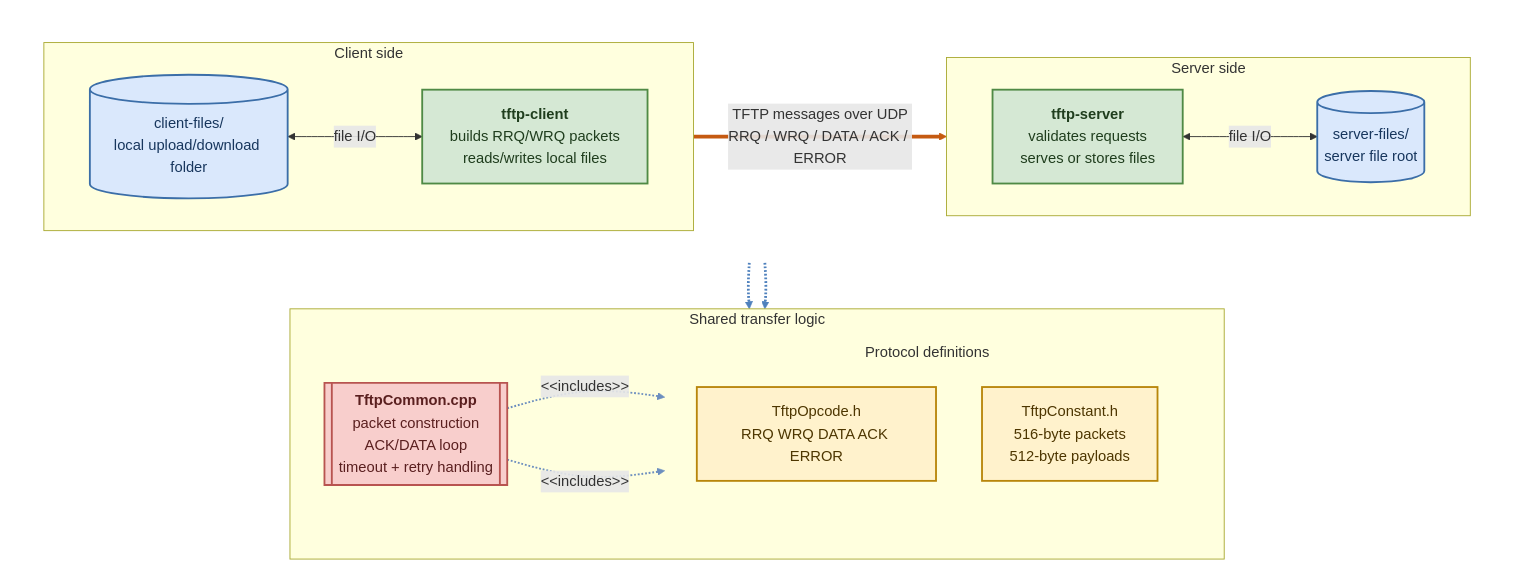
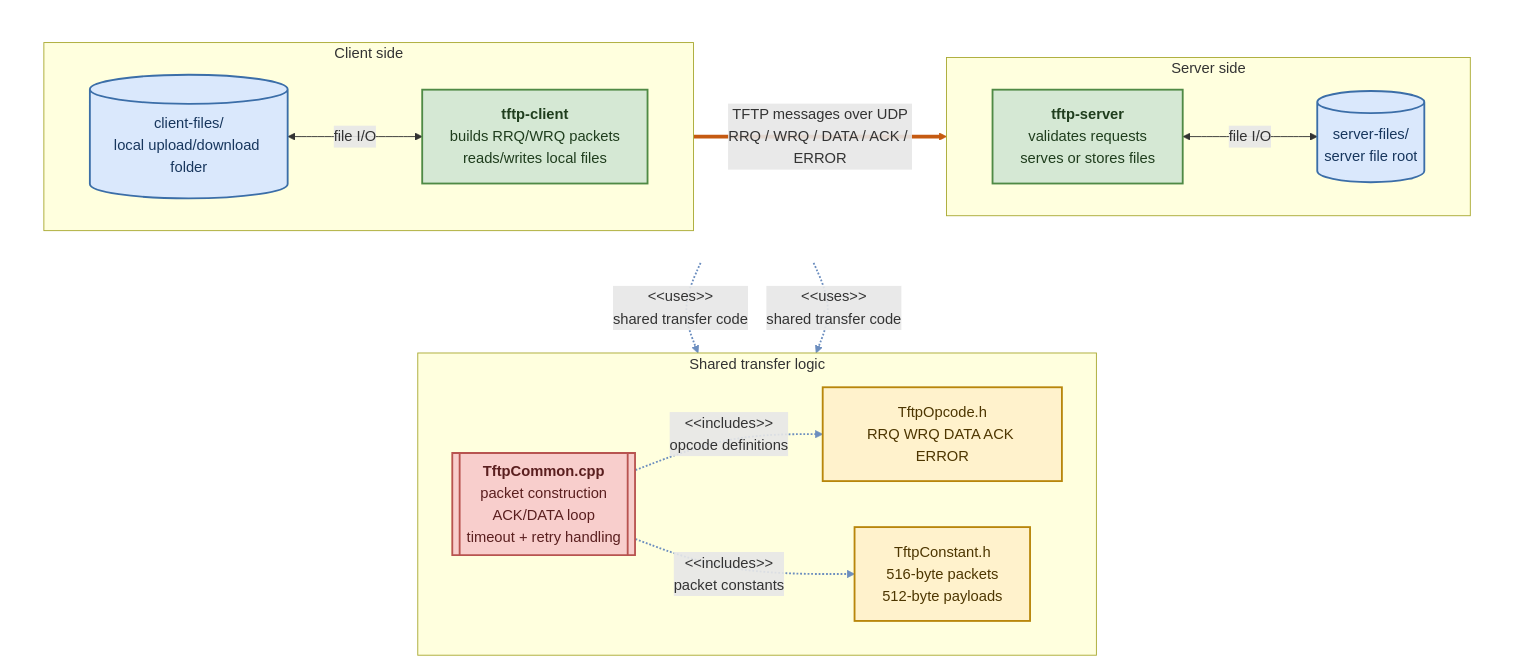
The first of 3 diagrams in README.md (WNaderi/udp-file-transfer), drawn with Mermaid before and after one commit.

Commit message:
Changing arch rendering to display correctly on repo page.

````diff
--- a/README.md
+++ b/README.md
@@ -23,51 +23,46 @@
 ```mermaid
 flowchart TB
     subgraph TopRow[" "]
         direction LR
         subgraph ClientSide["Client side"]
             direction LR
             ClientFiles[("client-files/<br/>local upload/download folder")]
             Client["<b>tftp-client</b><br/>builds RRQ/WRQ packets<br/>reads/writes local files"]
         end
 
         subgraph ServerSide["Server side"]
             direction LR
             Server["<b>tftp-server</b><br/>validates requests<br/>serves or stores files"]
             ServerFiles[("server-files/<br/>server file root")]
         end
     end
 
     subgraph SharedLogic["Shared transfer logic"]
         direction LR
+        Opcodes["TftpOpcode.h<br/>RRQ WRQ DATA ACK ERROR"]
         Common[["<b>TftpCommon.cpp</b><br/>packet construction<br/>ACK/DATA loop<br/>timeout + retry handling"]]
-        subgraph ProtocolDefs["Protocol definitions"]
-            direction TB
-            Opcodes["TftpOpcode.h<br/>RRQ WRQ DATA ACK ERROR"]
-            Constants["TftpConstant.h<br/>516-byte packets<br/>512-byte payloads"]
-        end
+        Constants["TftpConstant.h<br/>516-byte packets<br/>512-byte payloads"]
     end
 
     ClientFiles <-->|file I/O| Client
     Server <-->|file I/O| ServerFiles
     Client ==>|"TFTP messages over UDP<br/>RRQ / WRQ / DATA / ACK / ERROR"| Server
-    Client -.-> Common
-    Server -.-> Common
-    Common -.->|&lt;&lt;includes&gt;&gt;| Opcodes
-    Common -.->|&lt;&lt;includes&gt;&gt;| Constants
+    Client -.->|&lt;&lt;uses&gt;&gt;<br/>shared transfer code| Common
+    Server -.->|&lt;&lt;uses&gt;&gt;<br/>shared transfer code| Common
+    Common -.->|&lt;&lt;includes&gt;&gt;<br/>opcode definitions| Opcodes
+    Common -.->|&lt;&lt;includes&gt;&gt;<br/>packet constants| Constants
 
     classDef storage fill:#dae8fc,stroke:#3b6ea8,stroke-width:2px,color:#17365d;
     classDef executable fill:#d5e8d4,stroke:#4f8a45,stroke-width:2px,color:#1f3d1d;
     classDef shared fill:#f8cecc,stroke:#b85450,stroke-width:2px,color:#5a1f1f;
     classDef config fill:#fff2cc,stroke:#b8860b,stroke-width:2px,color:#4d3600;
 
     class ClientFiles,ServerFiles storage;
     class Client,Server executable;
     class Common shared;
     class Opcodes,Constants config;
 
     style TopRow fill:transparent,stroke:transparent;
-    style ProtocolDefs fill:transparent,stroke:transparent;
     linkStyle 2 stroke:#c55a11,stroke-width:4px;
-    linkStyle 3,4 stroke:#4f81bd,stroke-width:3px;
-    linkStyle 5,6 stroke:#6c8ebf,stroke-width:2px;
+    linkStyle 3,4,5,6 stroke:#6c8ebf,stroke-width:2px;
 ```
````
